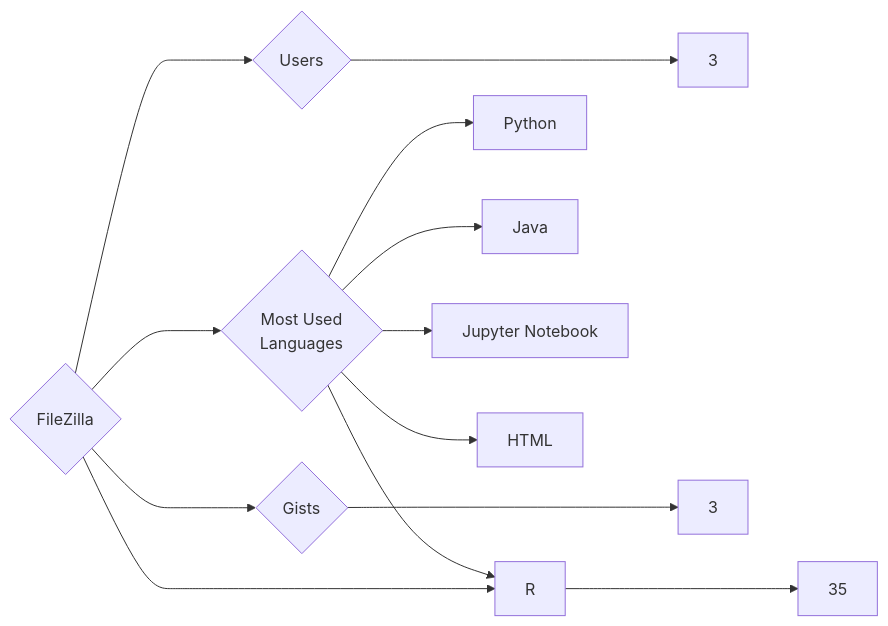
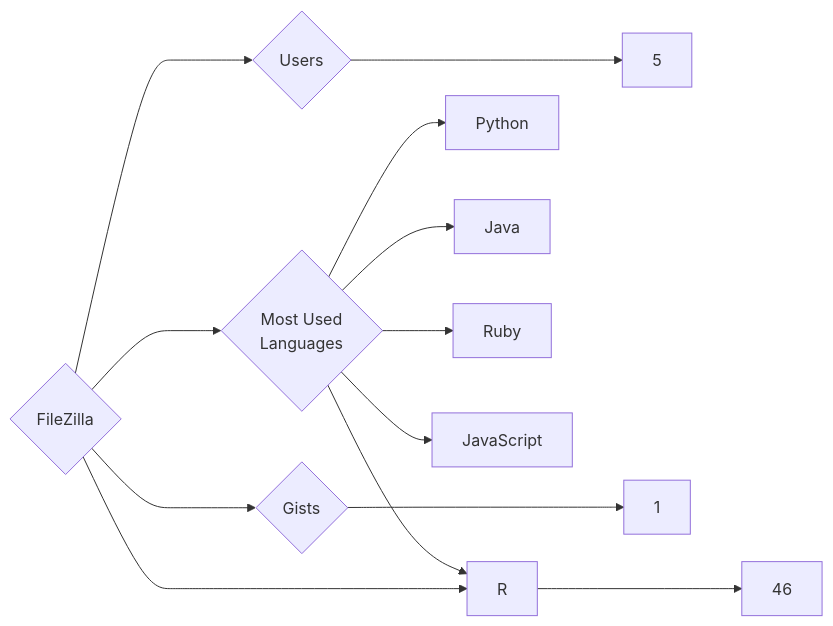
One commit to trickest/insiders changed the diagram in targets/FileZilla/README.md. Above: the diagram before and after it, drawn with Mermaid. The commit also changed 873 other files, not shown here.

````diff
--- a/targets/FileZilla/README.md
+++ b/targets/FileZilla/README.md
@@ -3,13 +3,13 @@
 ```mermaid
 graph LR
 COMPANY_NAME{FileZilla}
-COMPANY_NAME ---> U{Users} ---> UN[3]
-COMPANY_NAME ---> R{Repositories} ---> RN[35]
-COMPANY_NAME ---> G{Gists} ---> GN[3]
+COMPANY_NAME ---> U{Users} ---> UN[5]
+COMPANY_NAME ---> R{Repositories} ---> RN[46]
+COMPANY_NAME ---> G{Gists} ---> GN[1]
 COMPANY_NAME ---> ML{Most Used<br>Languages}
 ML --> Python[Python]
 ML --> Java[Java]
+ML --> Ruby[Ruby]
+ML --> JavaScript[JavaScript]
 ML --> R[R]
-ML --> Jupyter_Notebook[Jupyter Notebook]
-ML --> HTML[HTML]
 ```
````
